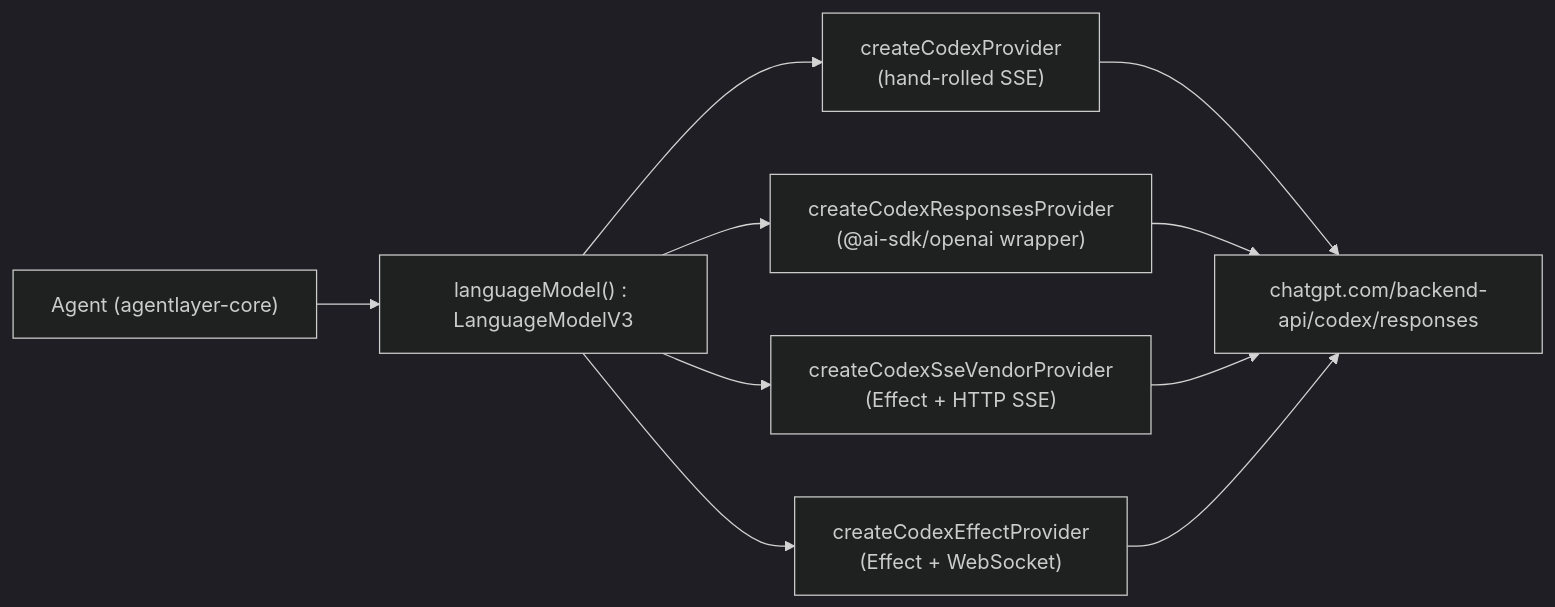
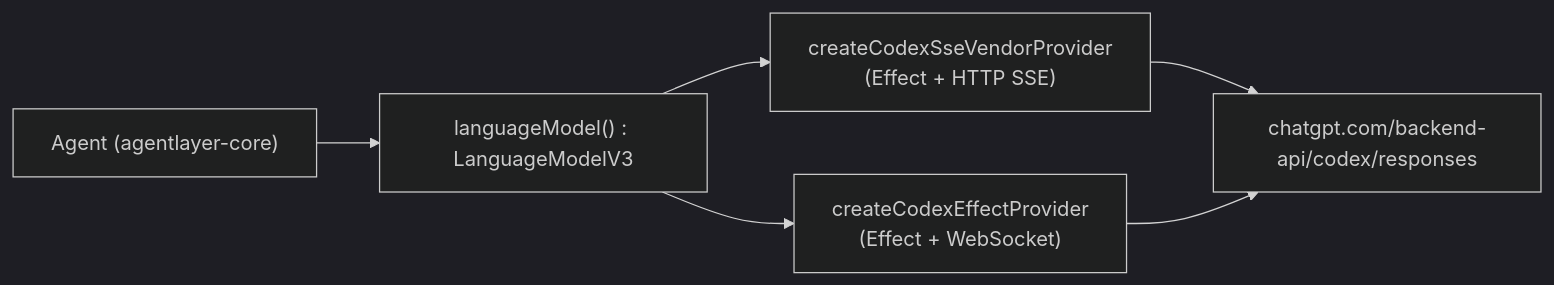
Before and after one commit to humanlayer/agentlayer: the diagram in packages/agentlayer-provider-openai-codex/README.md, drawn with Mermaid (dark theme). The commit also changed other lines of this file and 13 other files, not shown here.

First line of the commit message:
Remove the legacy codex provider and the aisdk_responses transport

````diff
--- a/packages/agentlayer-provider-openai-codex/README.md
+++ b/packages/agentlayer-provider-openai-codex/README.md
@@ -84,12 +78,8 @@
 ```mermaid
 flowchart LR
   Agent["Agent (agentlayer-core)"] --> Model["languageModel() : LanguageModelV3"]
-  Model --> P1["createCodexProvider\n(hand-rolled SSE)"]
-  Model --> P2["createCodexResponsesProvider\n(@ai-sdk/openai wrapper)"]
-  Model --> P3["createCodexSseVendorProvider\n(Effect + HTTP SSE)"]
-  Model --> P4["createCodexEffectProvider\n(Effect + WebSocket)"]
+  Model --> P1["createCodexSseVendorProvider\n(Effect + HTTP SSE)"]
+  Model --> P2["createCodexEffectProvider\n(Effect + WebSocket)"]
   P1 --> API["chatgpt.com/backend-api/codex/responses"]
   P2 --> API
-  P3 --> API
-  P4 --> API
 ```
````
